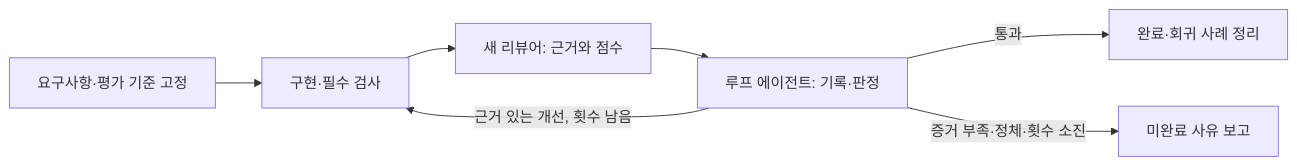
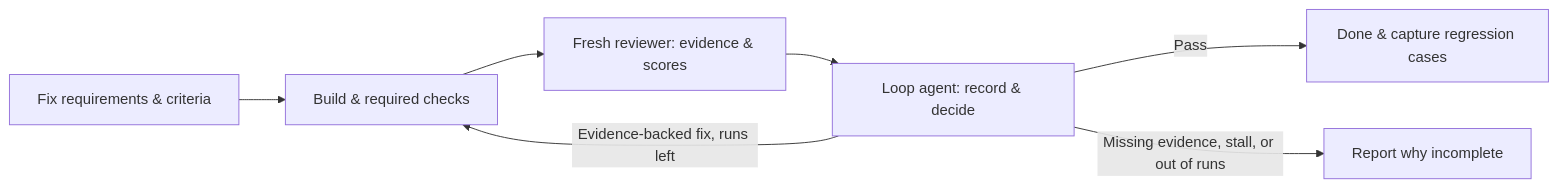
The diagram in README.md (mingeonho1/ai-agent), drawn with Mermaid before and after one commit. The commit also changed other lines of this file and 33 other files, not shown here.

````diff
--- a/README.md
+++ b/README.md
@@ -110,9 +114,9 @@
 ```mermaid
 flowchart LR
-    A[요구사항·평가 기준 고정] --> B[구현·필수 검사]
-    B --> C[새 리뷰어: 근거와 점수]
-    C --> D[루프 에이전트: 기록·판정]
-    D -->|통과| E[완료·회귀 사례 정리]
-    D -->|근거 있는 개선, 횟수 남음| B
-    D -->|증거 부족·정체·횟수 소진| F[미완료 사유 보고]
+    A[Fix requirements & criteria] --> B[Build & required checks]
+    B --> C[Fresh reviewer: evidence & scores]
+    C --> D[Loop agent: record & decide]
+    D -->|Pass| E[Done & capture regression cases]
+    D -->|Evidence-backed fix, runs left| B
+    D -->|Missing evidence, stall, or out of runs| F[Report why incomplete]
 ```
````
